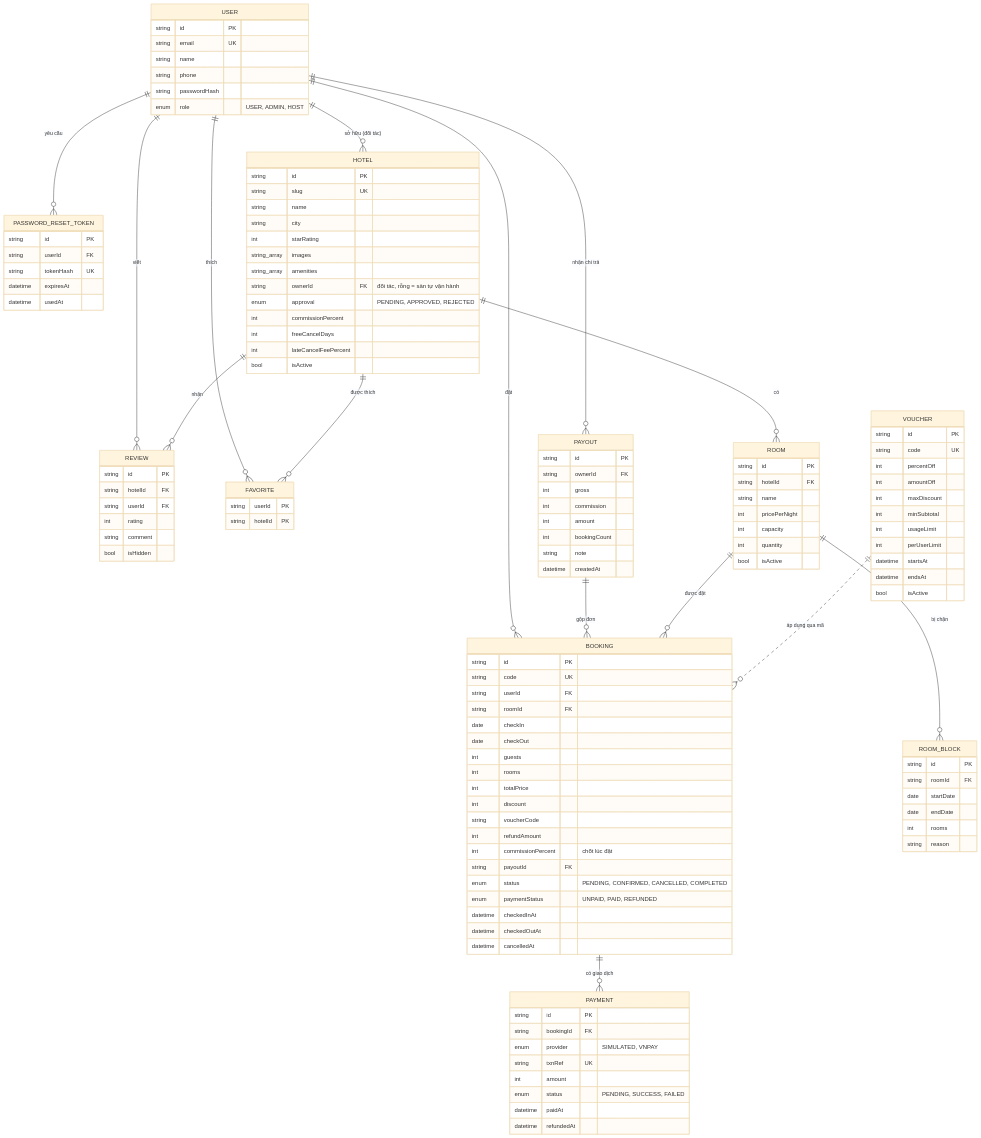
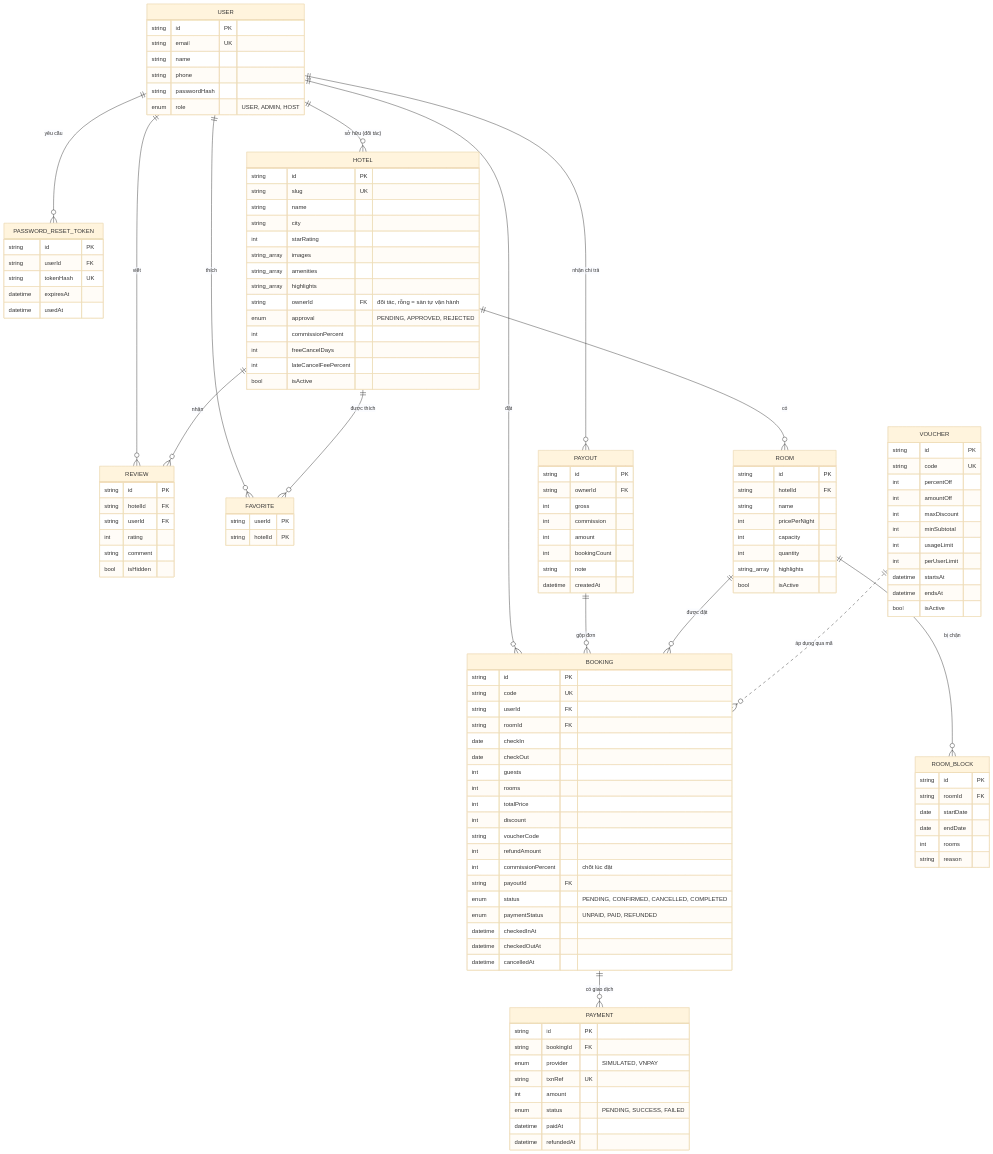
The eighth of 11 diagrams in docs/SO_DO_BAO_CAO.md (ongtrumphuong/TTTN_Booking_Hotel), drawn with Mermaid (base theme) before and after one commit. The commit also changed other lines of this file and 29 other files, not shown here.

```diff
--- a/docs/SO_DO_BAO_CAO.md
+++ b/docs/SO_DO_BAO_CAO.md
@@ -322,6 +327,7 @@
     int starRating
     string_array images
     string_array amenities
+    string_array highlights
     string ownerId FK "đối tác, rỗng = sàn tự vận hành"
     enum approval "PENDING, APPROVED, REJECTED"
     int commissionPercent
@@ -336,6 +342,7 @@
     int pricePerNight
     int capacity
     int quantity
+    string_array highlights
     bool isActive
   }
   BOOKING {
```
